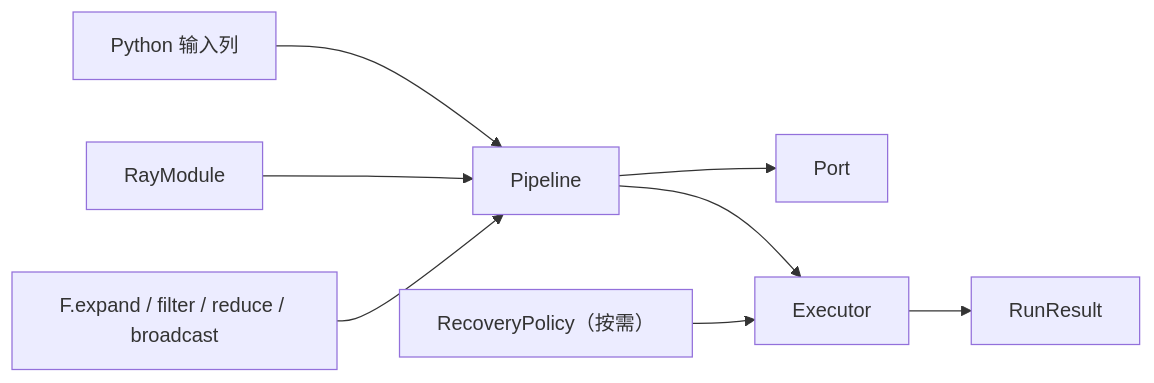
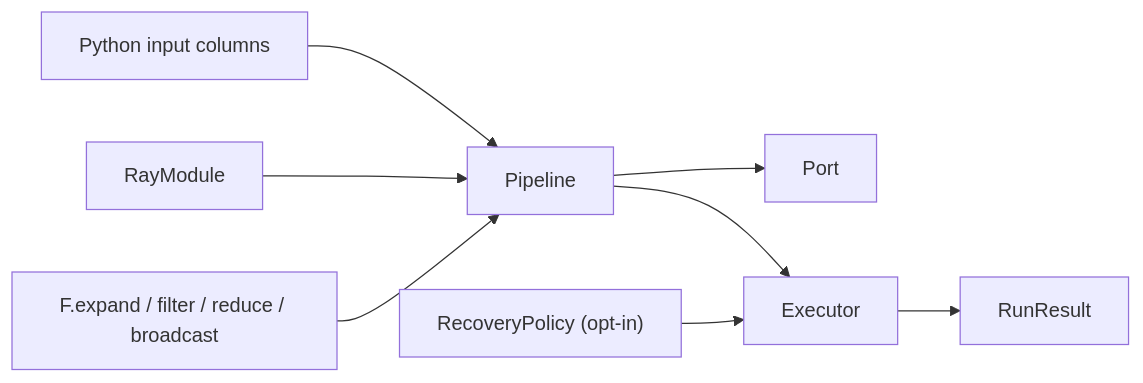
Before and after one commit to OpenDCAI/RayOrch: the first of 3 diagrams in docs/multigrain_v3_6_naming.md, drawn with Mermaid. The commit also changed other lines of this file and 31 other files, not shown here.

Commit message:
docs(v3.6): publish bilingual architecture guides

````diff
--- a/docs/multigrain_v3_6_naming.md
+++ b/docs/multigrain_v3_6_naming.md
@@ -65,10 +147,10 @@
 ```mermaid
 flowchart LR
-    Input["Python 输入列"] --> Pipeline["Pipeline"]
+    Input["Python input columns"] --> Pipeline["Pipeline"]
     Pipeline --> Port["Port"]
     Module["RayModule"] --> Pipeline
     Primitive["F.expand / filter / reduce / broadcast"] --> Pipeline
     Pipeline --> Executor["Executor"]
     Executor --> Result["RunResult"]
-    Policy["RecoveryPolicy（按需）"] --> Executor
+    Policy["RecoveryPolicy (opt-in)"] --> Executor
 ```
````
